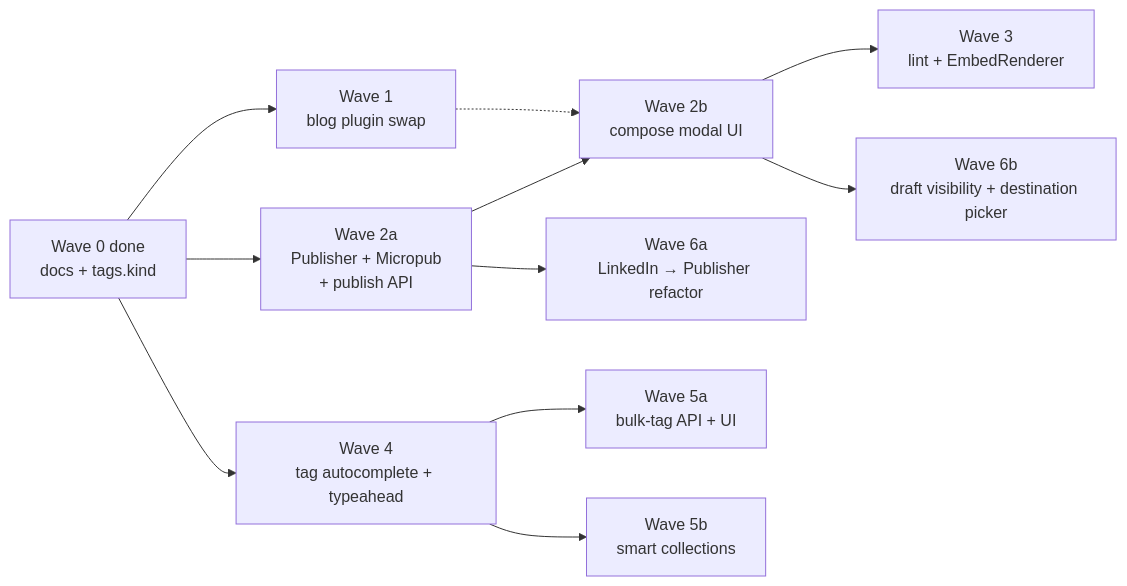
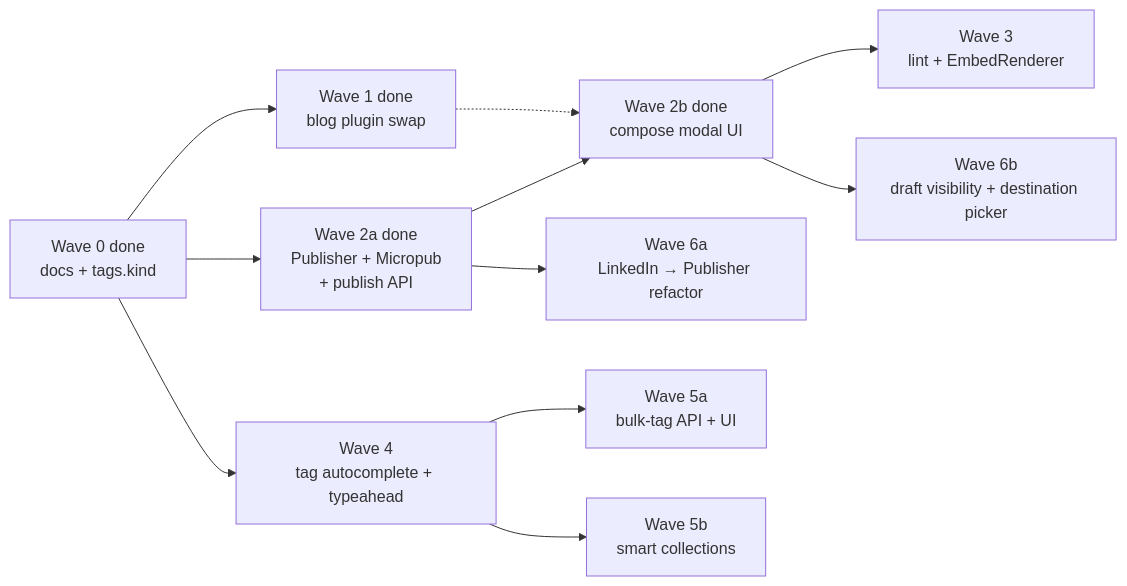
Before and after one commit to thompsonson/lestash: the seventh of 7 diagrams in docs/ux-compose-and-categories-design.md, drawn with Mermaid. The commit also changed other lines of this file and 14 other files, not shown here.

First line of the commit message:
feat: publish a LeStash item to micro.blog (Wave 2 end-to-end) (#159)

````diff
--- a/docs/ux-compose-and-categories-design.md
+++ b/docs/ux-compose-and-categories-design.md
@@ -672,24 +677,24 @@
 ```mermaid
 graph LR
   W0["Wave 0 done<br/>docs + tags.kind"]
-  W1["Wave 1<br/>blog plugin swap"]
-  W2a["Wave 2a<br/>Publisher + Micropub<br/>+ publish API"]
-  W2b["Wave 2b<br/>compose modal UI"]
+  W1["Wave 1 done<br/>blog plugin swap"]
+  W2a["Wave 2a done<br/>Publisher + Micropub<br/>+ publish API"]
+  W2b["Wave 2b done<br/>compose modal UI"]
   W3["Wave 3<br/>lint + EmbedRenderer"]
   W4["Wave 4<br/>tag autocomplete + typeahead"]
   W5a["Wave 5a<br/>bulk-tag API + UI"]
   W5b["Wave 5b<br/>smart collections"]
   W6a["Wave 6a<br/>LinkedIn → Publisher refactor"]
   W6b["Wave 6b<br/>draft visibility + destination picker"]
 
   W0 --> W1
   W0 --> W2a
   W0 --> W4
   W1 -.-> W2b
   W2a --> W2b
   W2b --> W3
   W2a --> W6a
   W2b --> W6b
   W4 --> W5a
   W4 --> W5b
 ```
````
